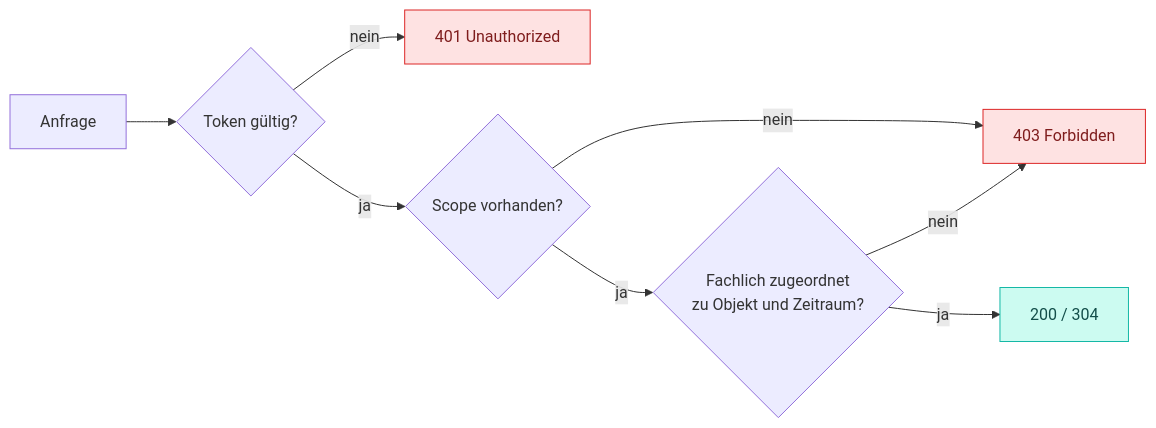
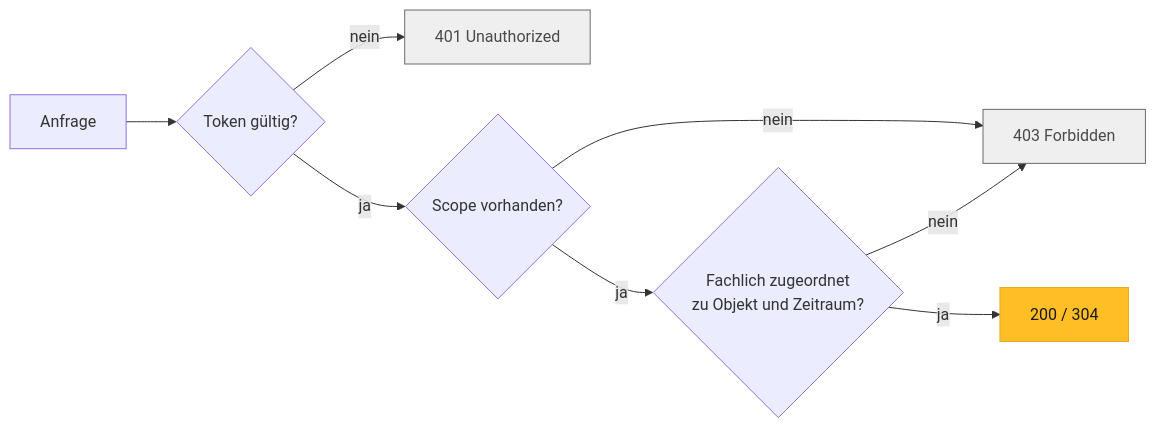
Before and after one commit to engrate/mako-api-referenzentwurf: the diagram in architektur/sicherheit.mdx, drawn with Mermaid. The commit also changed 15 other files, not shown here.

````diff
--- a/architektur/sicherheit.mdx
+++ b/architektur/sicherheit.mdx
@@ -109,15 +109,15 @@
 ```mermaid
 flowchart LR
     A["Anfrage"] --> B{"Token gültig?"}
     B -->|nein| E401["401 Unauthorized"]
     B -->|ja| C{"Scope vorhanden?"}
     C -->|nein| E403["403 Forbidden"]
     C -->|ja| D{"Fachlich zugeordnet<br/>zu Objekt und Zeitraum?"}
     D -->|nein| E403
     D -->|ja| F["200 / 304"]
 
-    classDef fehler fill:#FEE2E2,stroke:#DC2626,color:#7F1D1D
-    classDef ok fill:#CCFBF1,stroke:#14B8A6,color:#134E4A
-    class E401,E403 fehler
-    class F ok
+    classDef abgelehnt fill:#EFEFEF,stroke:#6A6A6A,color:#4A4A4A
+    classDef erteilt fill:#FFBE26,stroke:#E5AB22,color:#1A1A1A
+    class E401,E403 abgelehnt
+    class F erteilt
 ```
````
